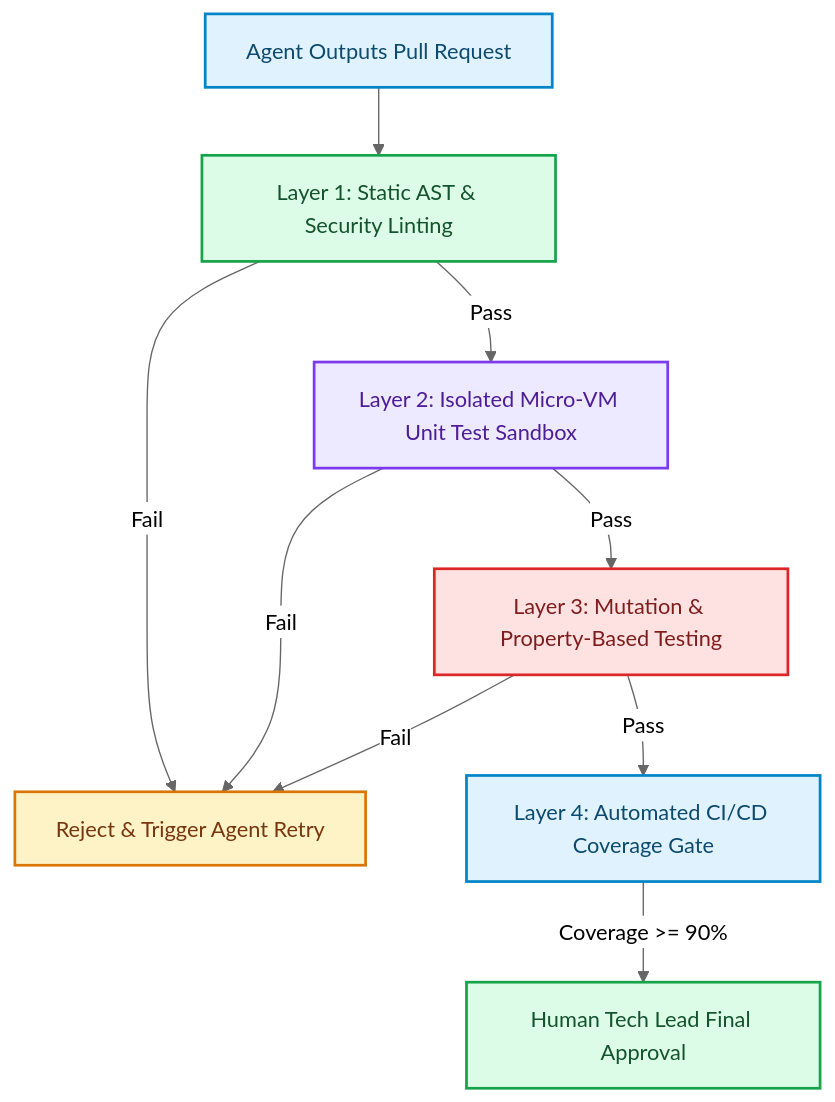
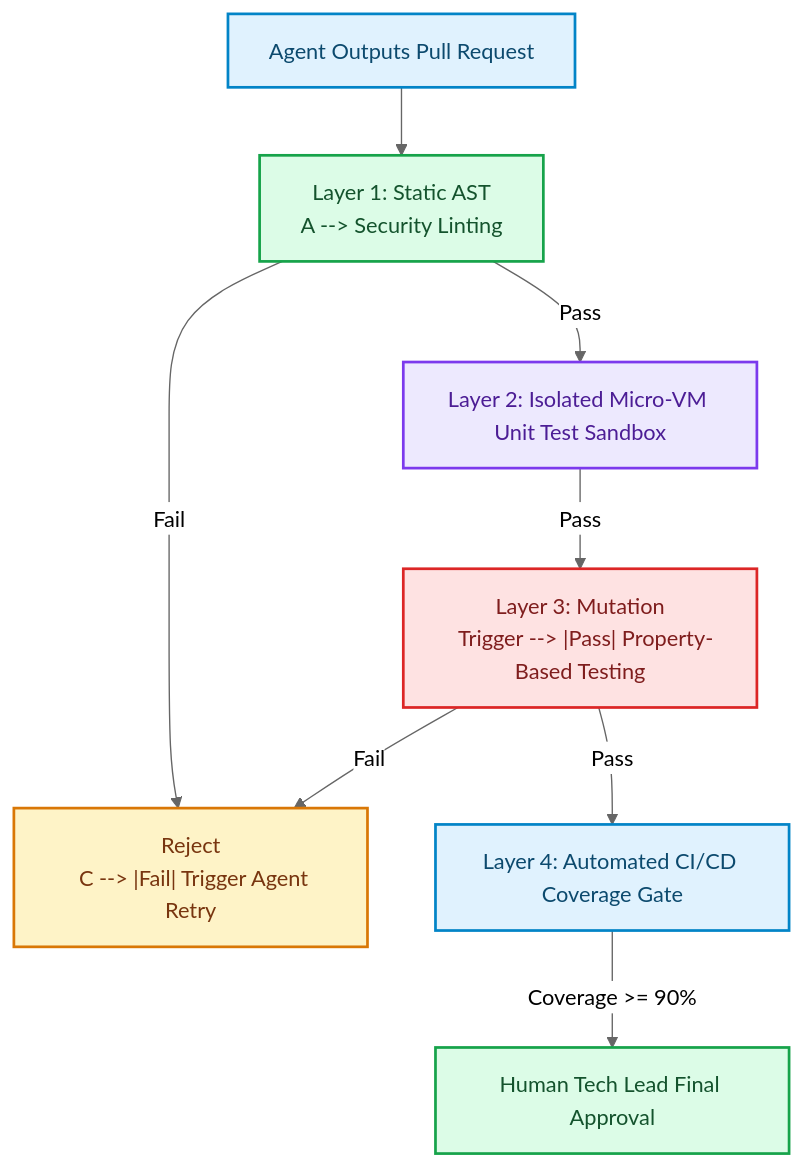
The diagram in blog/posts/tech-lead-verification-architecture-shift-left-testing-gates.md (akmalkhaniub/akmalkhaniub.github.io), drawn with Mermaid (neutral theme) before and after one commit. The commit also changed other lines of this file and 894 other files, not shown here.

Commit message:
feat(blog): upgrade all 444 posts with unique staggered dates, 2-col Mermaid spines, benchmark tables, code blocks, and trade-offs

````diff
--- a/blog/posts/tech-lead-verification-architecture-shift-left-testing-gates.md
+++ b/blog/posts/tech-lead-verification-architecture-shift-left-testing-gates.md
@@ -15,22 +15,24 @@
 ```mermaid
 flowchart TD
-  A["Agent Outputs Pull Request"] --> B["Layer 1: Static AST & Security Linting"]
+  A["Agent Outputs Pull Request"] --> B["Layer 1: Static AST
+  A --> Security Linting"]
   B -->|Pass| C["Layer 2: Isolated Micro-VM Unit Test Sandbox"]
-  B -->|Fail| X["Reject & Trigger Agent Retry"]
-  C -->|Pass| D["Layer 3: Mutation & Property-Based Testing"]
-  C -->|Fail| X
+  B --> |Fail| X["Reject
+  C --> |Fail| Trigger Agent Retry"]
+  C --> |Pass| D["Layer 3: Mutation
+  Trigger --> |Pass| Property-Based Testing"]
+  D --> |Fail| X
   D -->|Pass| E["Layer 4: Automated CI/CD Coverage Gate"]
-  D -->|Fail| X
   E -->|Coverage >= 90%| F["Human Tech Lead Final Approval"]
 
 classDef green fill:#dcfce7,stroke:#16a34a,stroke-width:2px,color:#14532d;
 classDef red fill:#fee2e2,stroke:#dc2626,stroke-width:2px,color:#7f1d1d;
 classDef blue fill:#e0f2fe,stroke:#0284c7,stroke-width:2px,color:#0c4a6e;
 classDef yellow fill:#fef3c7,stroke:#d97706,stroke-width:2px,color:#78350f;
 classDef purple fill:#ede9fe,stroke:#7c3aed,stroke-width:2px,color:#4c1d95;
 class A,E blue
 class B,F green
 class C purple
 class X yellow
 class D red
 ```
````
